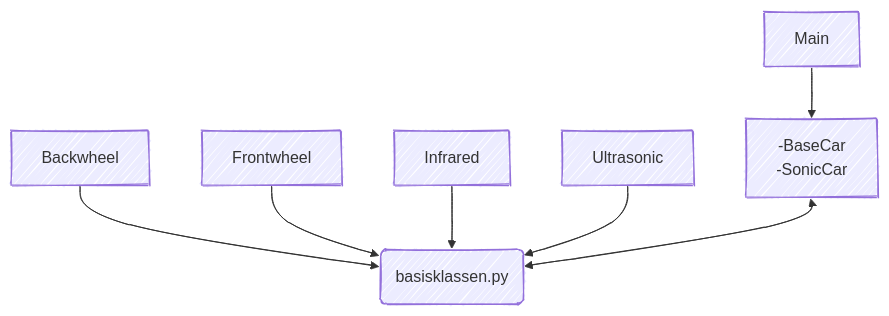
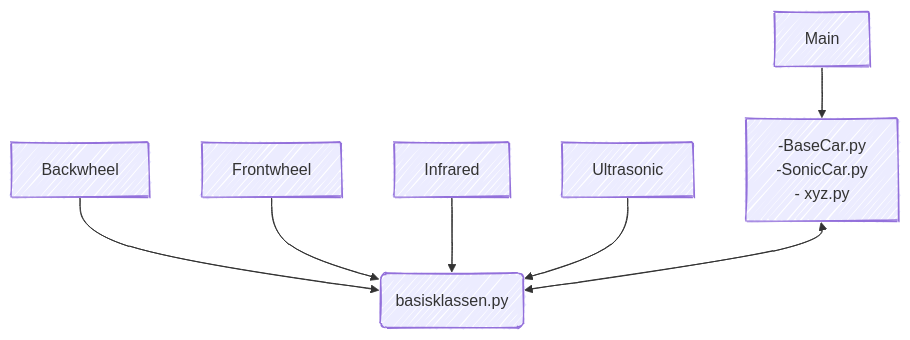
One commit to Holger585/Camp2Code_P1 changed the diagram in readme.md. Above: the diagram before and after it, drawn with Mermaid.

````diff
--- a/readme.md
+++ b/readme.md
@@ -3,22 +3,23 @@
 ```mermaid
 ---
 config:
   theme: default
   look: handDrawn
 ---
 flowchart TD
     roundedId["Backwheel"] --> B("basisklassen.py")
     n7["Frontwheel"] --> B
     n8["Infrared"] --> B
 
     n5["Ultrasonic"] --> B
-    n10["Main"] --> n9["-BaseCar
-    -SonicCar"]
+    n10["Main"] --> n9["-BaseCar.py
+    -SonicCar.py
+- xyz.py"]
     n9 <--> B
     roundedId@{ shape: rect}
     n7@{ shape: rect}
     n8@{ shape: rect}
     n9@{ shape: rect}
     n5@{ shape: rect}
 
 ```
````
